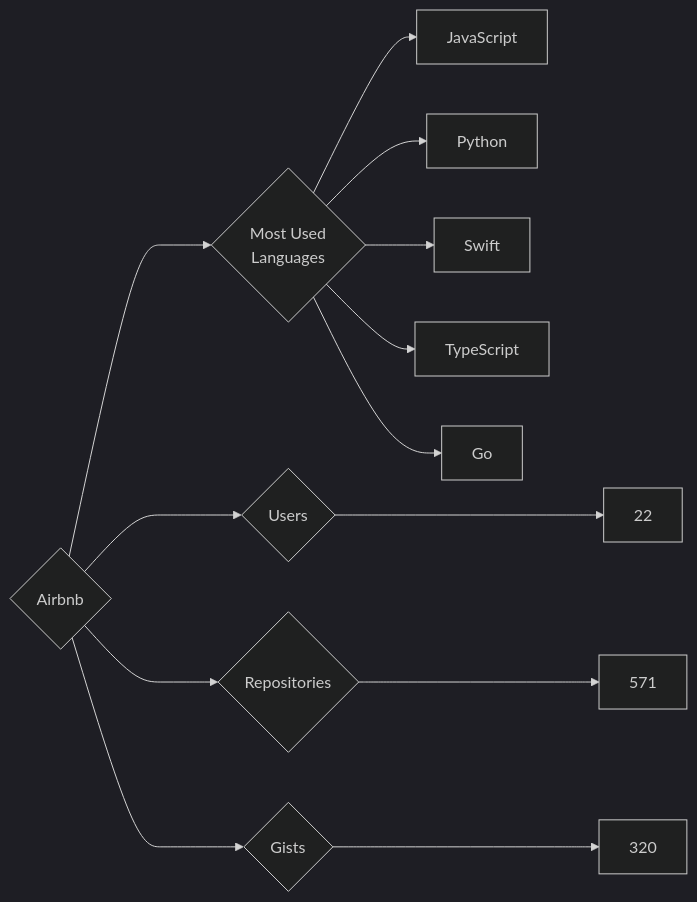
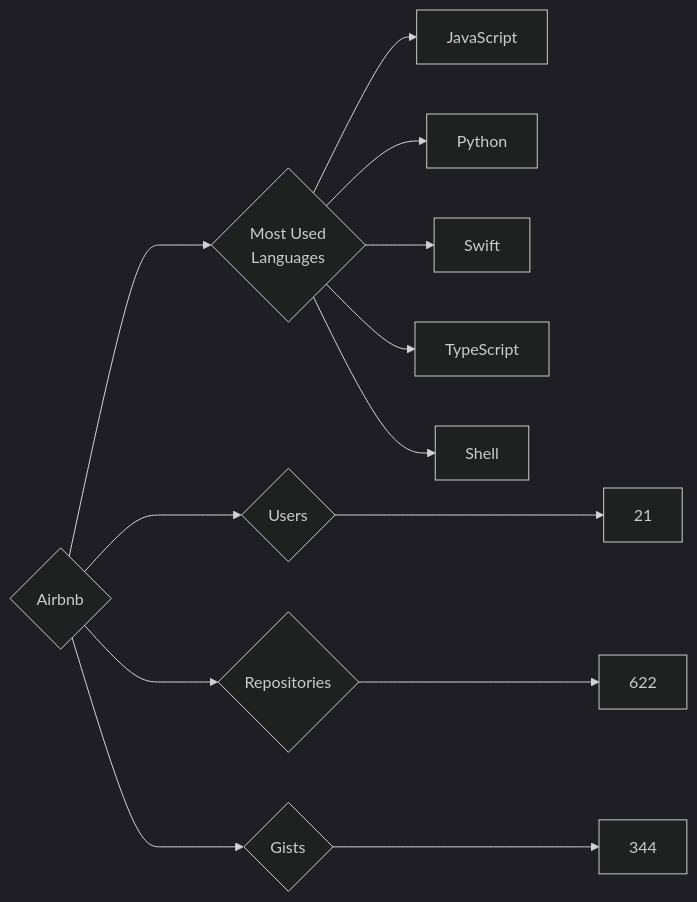
Before and after one commit to trickest/insiders: the diagram in targets/Airbnb/README.md, drawn with Mermaid (dark theme). The commit also changed 640 other files, not shown here.

````diff
--- a/targets/Airbnb/README.md
+++ b/targets/Airbnb/README.md
@@ -3,13 +3,13 @@
 ```mermaid
 graph LR
 COMPANY_NAME{Airbnb}
-COMPANY_NAME ---> U{Users} ---> UN[22]
-COMPANY_NAME ---> R{Repositories} ---> RN[571]
-COMPANY_NAME ---> G{Gists} ---> GN[320]
+COMPANY_NAME ---> U{Users} ---> UN[21]
+COMPANY_NAME ---> R{Repositories} ---> RN[622]
+COMPANY_NAME ---> G{Gists} ---> GN[344]
 COMPANY_NAME ---> ML{Most Used<br>Languages}
 ML --> JavaScript[JavaScript]
 ML --> Python[Python]
 ML --> Swift[Swift]
 ML --> TypeScript[TypeScript]
-ML --> Go[Go]
+ML --> Shell[Shell]
 ```
````
